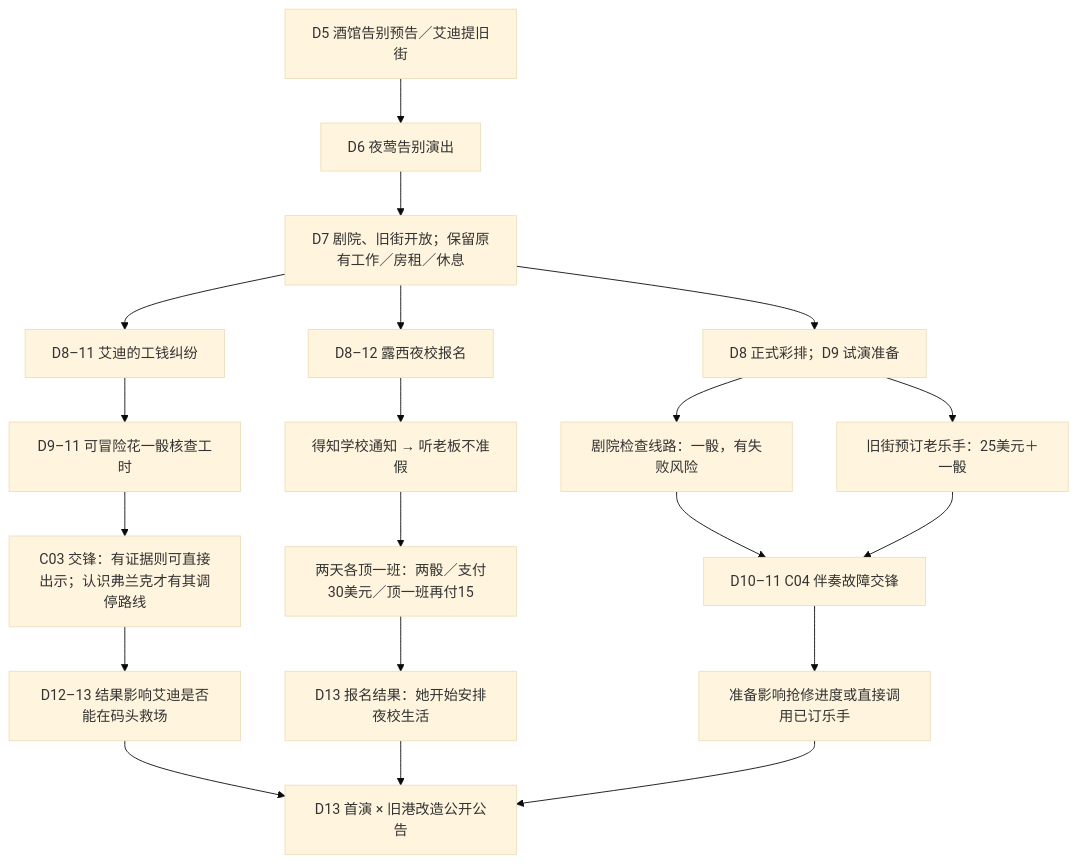
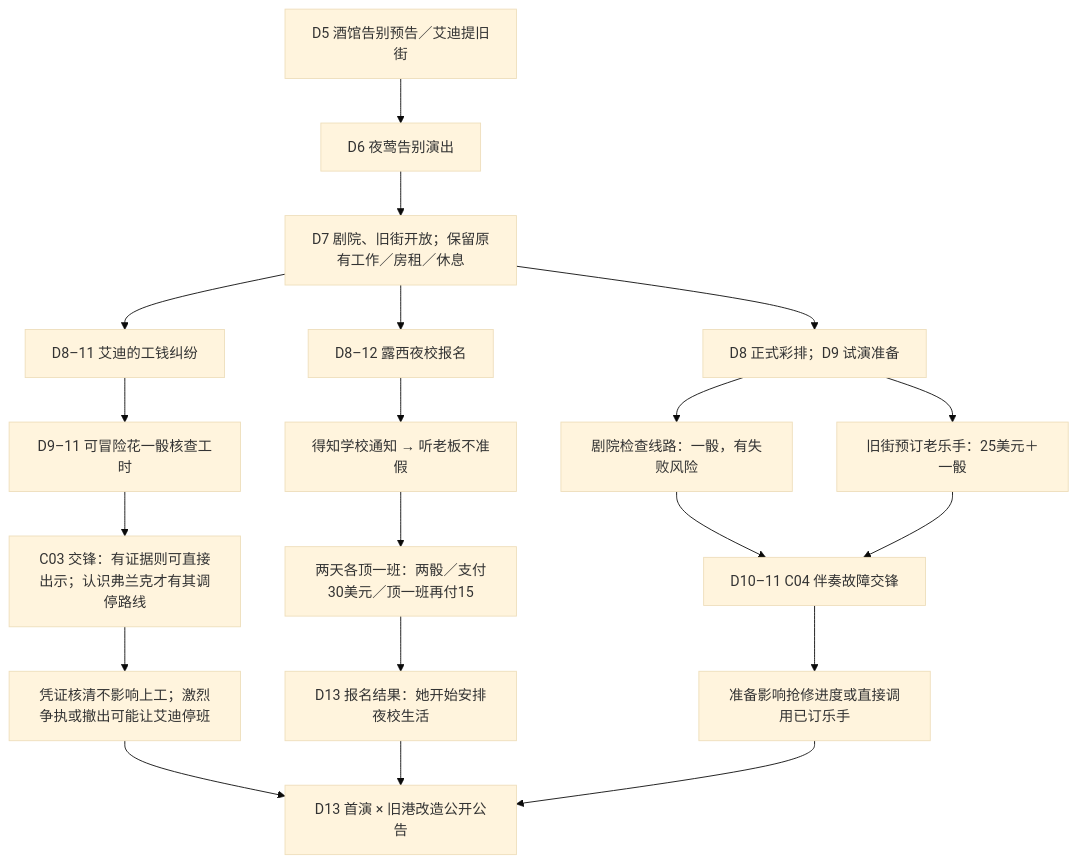
The diagram in docs/对白整理/第二幕_结构内容图.md (guopanqi/ssnoir), drawn with Mermaid (base theme) before and after one commit. The commit also changed other lines of this file, not shown here.

Commit message:
第二幕结构图区分和平核账和激烈争执后的停班结果

````diff
--- a/docs/对白整理/第二幕_结构内容图.md
+++ b/docs/对白整理/第二幕_结构内容图.md
@@ -5,22 +5,22 @@
 ```mermaid
 flowchart TD
     A["D5 酒馆告别预告／艾迪提旧街"] --> B["D6 夜莺告别演出"]
     B --> C["D7 剧院、旧街开放；保留原有工作／房租／休息"]
     C --> L1["D8–12 露西夜校报名"]
     C --> E1["D8–11 艾迪的工钱纠纷"]
     C --> N1["D8 正式彩排；D9 试演准备"]
     L1 --> L2["得知学校通知 → 听老板不准假"]
     L2 --> L3["两天各顶一班：两骰／支付30美元／顶一班再付15"]
     L3 --> L4["D13 报名结果：她开始安排夜校生活"]
     E1 --> E2["D9–11 可冒险花一骰核查工时"]
     E2 --> E3["C03 交锋：有证据则可直接出示；认识弗兰克才有其调停路线"]
-    E3 --> E4["D12–13 结果影响艾迪是否能在码头救场"]
+    E3 --> E4["凭证核清不影响上工；激烈争执或撤出可能让艾迪停班"]
     N1 --> N2["剧院检查线路：一骰，有失败风险"]
     N1 --> N3["旧街预订老乐手：25美元＋一骰"]
     N2 --> N4["D10–11 C04 伴奏故障交锋"]
     N3 --> N4
     N4 --> N5["准备影响抢修进度或直接调用已订乐手"]
     E4 --> Z["D13 首演 × 旧港改造公开公告"]
     L4 --> Z
     N5 --> Z
 ```
````
